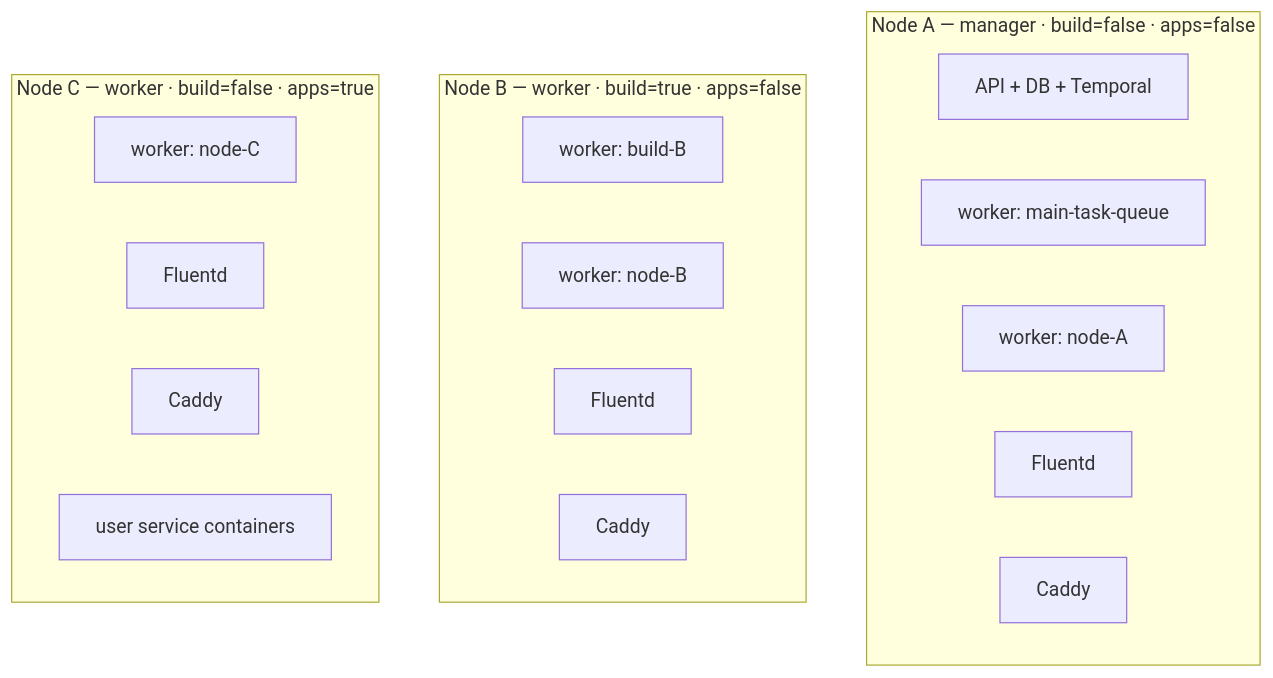
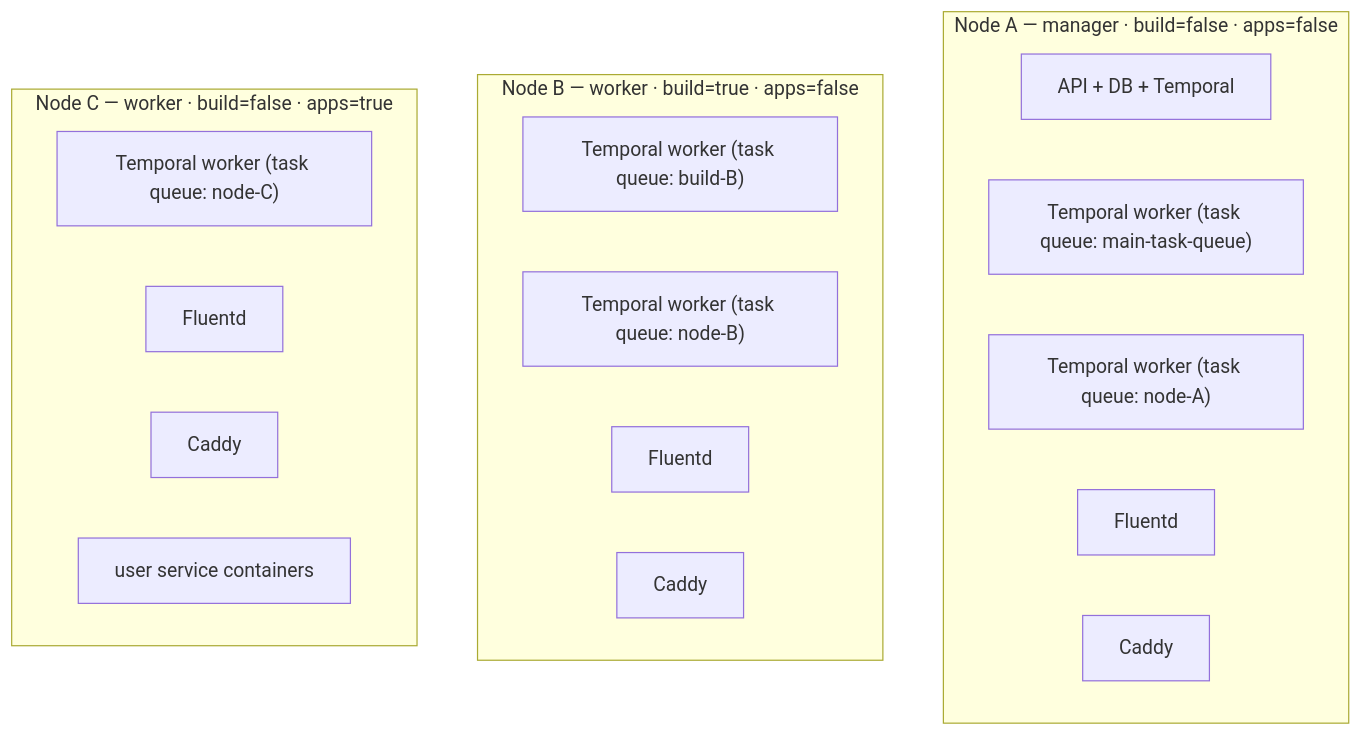
One commit to zane-ops/zane-ops changed the third of 4 diagrams in backend/notes/multi-server-plan.md. Above: the diagram before and after it, drawn with Mermaid. The commit also changed other lines of this file, not shown here.

````diff
--- a/backend/notes/multi-server-plan.md
+++ b/backend/notes/multi-server-plan.md
@@ -355,22 +355,22 @@
 ```mermaid
 flowchart TB
     subgraph A["Node A — manager · build=false · apps=false"]
         api["API + DB + Temporal"]
-        mainq["worker: main-task-queue"]
-        nodeqA["worker: node-A"]
+        mainq["Temporal worker (task queue: main-task-queue)"]
+        nodeqA["Temporal worker (task queue: node-A)"]
         fluentdA["Fluentd"]
         caddyA["Caddy"]
     end
     subgraph B["Node B — worker · build=true · apps=false"]
-        buildq["worker: build-B"]
-        nodeqB["worker: node-B"]
+        buildq["Temporal worker (task queue: build-B)"]
+        nodeqB["Temporal worker (task queue: node-B)"]
         fluentdB["Fluentd"]
         caddyB["Caddy"]
     end
     subgraph C["Node C — worker · build=false · apps=true"]
-        nodeqC["worker: node-C"]
+        nodeqC["Temporal worker (task queue: node-C)"]
         fluentdC["Fluentd"]
         caddyC["Caddy"]
         apps["user service containers"]
     end
 ```
````
